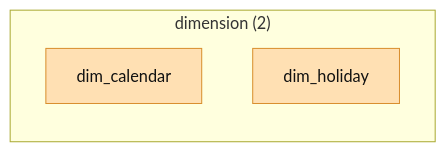
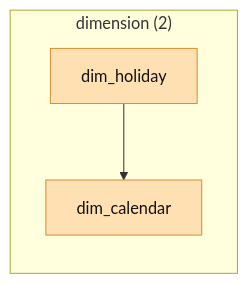
Diagram 11 of 12 in document/diagrams/topic_flows.md (warayut-ALL-IN-AI/data-buffet), drawn with Mermaid before and after one commit. The commit also changed other lines of this file and 2 other files, not shown here.

First line of the commit message:
view_dim_aging_history: derive AgingSK/BillingSK instead of trusting the snapshot

````diff
--- a/document/diagrams/topic_flows.md
+++ b/document/diagrams/topic_flows.md
@@ -833,10 +951,11 @@
 ```mermaid
 flowchart LR
   subgraph dimension["dimension (2)"]
     dim_calendar["dim_calendar"]
     dim_holiday["dim_holiday"]
   end
+  dim_holiday --> dim_calendar
   classDef dimension fill:#ffe0b3,stroke:#d98f2f,color:#111;
   classDef paused fill:#f5f5f5,stroke:#bbb,color:#999,stroke-dasharray:4 3;
   class dim_calendar,dim_holiday dimension;
 ```
````
